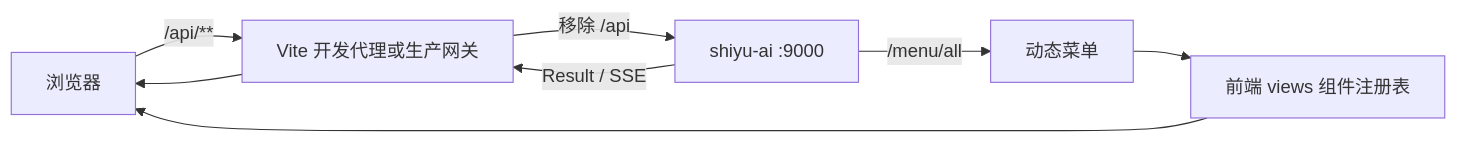
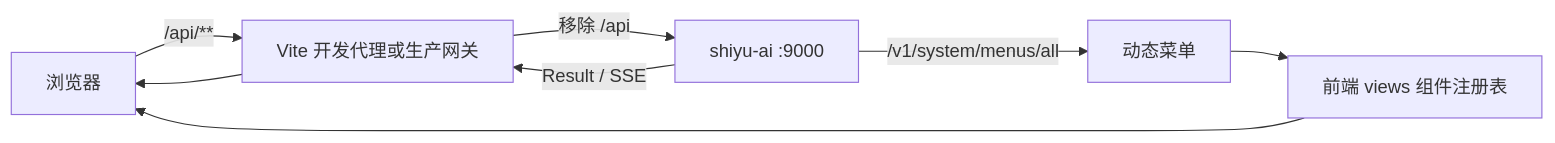
One commit to ShiRuYu/shiyu-ui changed the diagram in docs/项目介绍.md. Above: the diagram before and after it, drawn with Mermaid. The commit also changed 52 other files, not shown here.

````diff
--- a/docs/项目介绍.md
+++ b/docs/项目介绍.md
@@ -47,10 +47,10 @@
 ```mermaid
 flowchart LR
     B["浏览器"] -->|"/api/**"| V["Vite 开发代理或生产网关"]
     V -->|"移除 /api"| A["shiyu-ai :9000"]
     A -->|"Result<T> / SSE"| V
     V --> B
-    A -->|"/menu/all"| M["动态菜单"]
+    A -->|"/v1/system/menus/all"| M["动态菜单"]
     M --> R["前端 views 组件注册表"]
     R --> B
 ```
````
